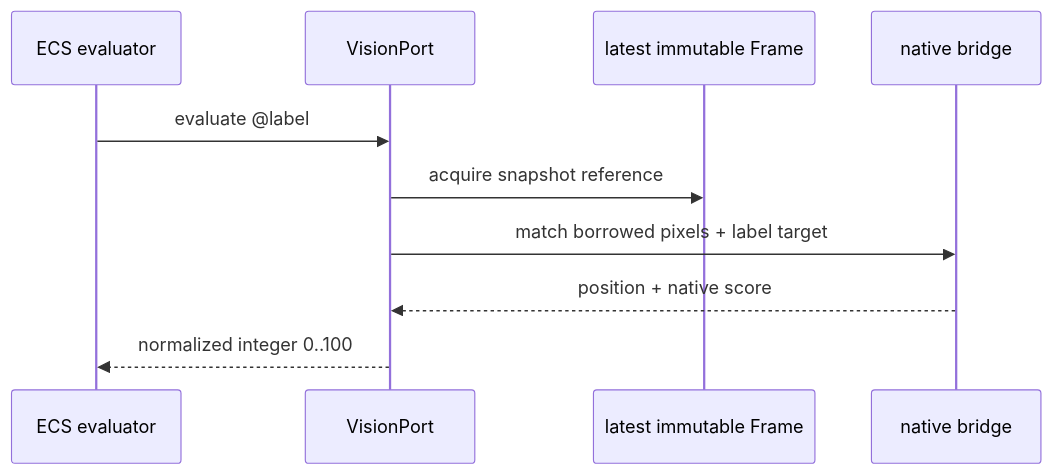
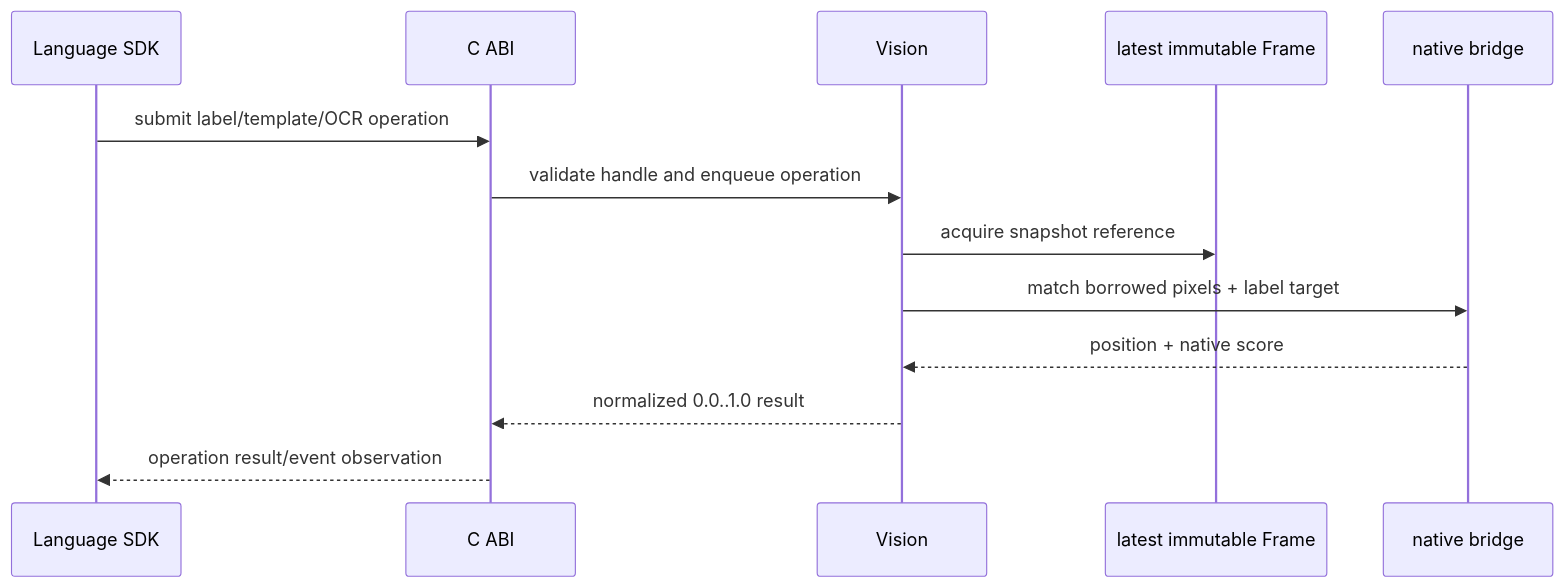
One commit to XiaoyuBook/easycon-sdk changed the third of 3 diagrams in docs/architecture/architecture-overview.md. Above: the diagram before and after it, drawn with Mermaid. The commit also changed other lines of this file and 10 other files, not shown here.

````diff
--- a/docs/architecture/architecture-overview.md
+++ b/docs/architecture/architecture-overview.md
@@ -213,13 +206,16 @@
 ```mermaid
 sequenceDiagram
-    participant E as ECS evaluator
-    participant V as VisionPort
+    participant L as Language SDK
+    participant A as C ABI
+    participant V as Vision
     participant F as latest immutable Frame
     participant N as native bridge
 
-    E->>V: evaluate @label
+    L->>A: submit label/template/OCR operation
+    A->>V: validate handle and enqueue operation
     V->>F: acquire snapshot reference
     V->>N: match borrowed pixels + label target
     N-->>V: position + native score
-    V-->>E: normalized integer 0..100
+    V-->>A: normalized 0.0..1.0 result
+    A-->>L: operation result/event observation
 ```
````
